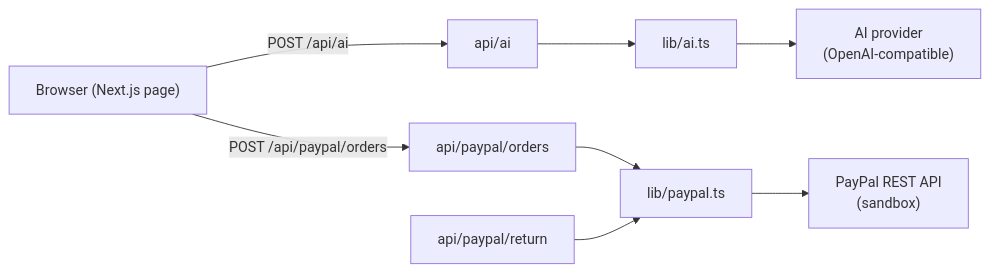
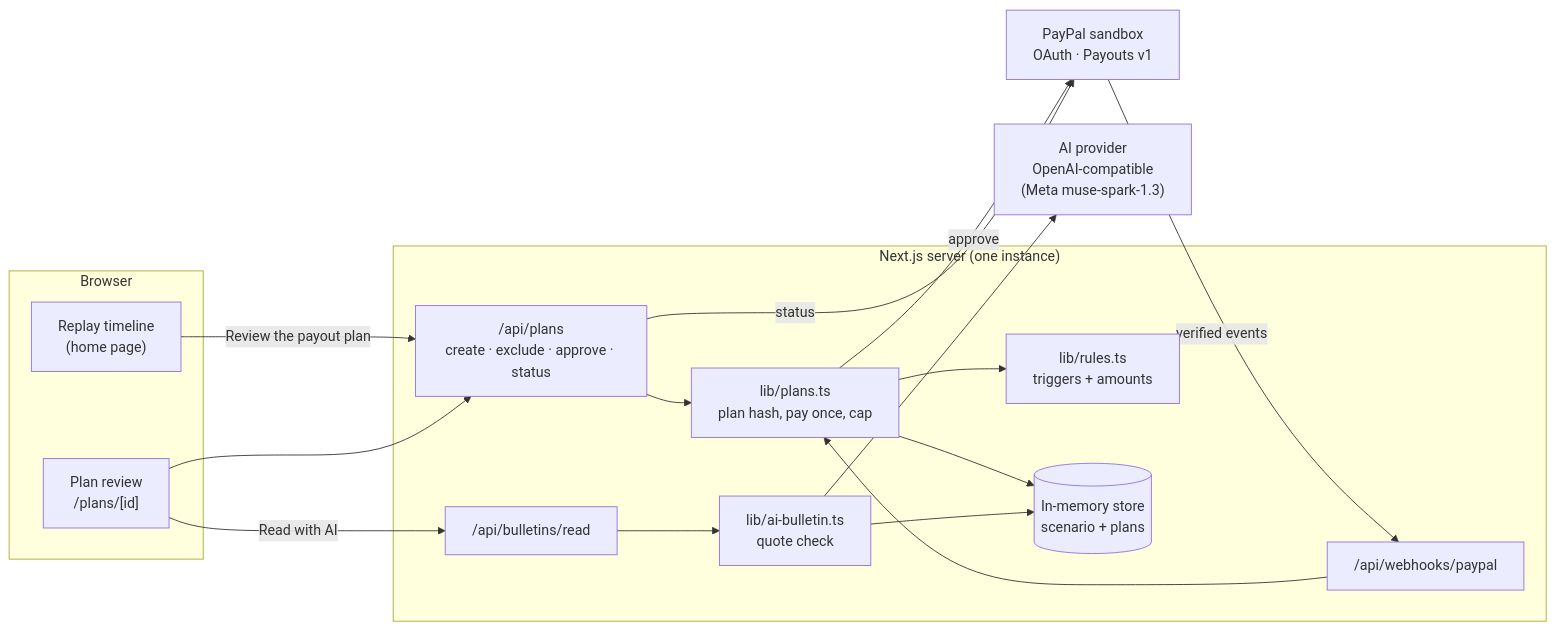
One commit to DucPhamNgoc08/paypal-ai-hackathon changed the first of 3 diagrams in docs/architecture.md. Above: the diagram before and after it, drawn with Mermaid. The commit also changed other lines of this file and 2 other files, not shown here.

First line of the commit message:
docs: write submission readme, architecture and devpost kit (#37)

````diff
--- a/docs/architecture.md
+++ b/docs/architecture.md
@@ -7,8 +23,29 @@
 ```mermaid
 flowchart LR
-  Browser["Browser (Next.js page)"] -->|POST /api/ai| AiRoute["api/ai"]
-  Browser -->|POST /api/paypal/orders| OrdersRoute["api/paypal/orders"]
-  AiRoute --> AiLib["lib/ai.ts"] --> LLM["AI provider<br/>(OpenAI-compatible)"]
-  OrdersRoute --> PayPalLib["lib/paypal.ts"] --> PayPal["PayPal REST API<br/>(sandbox)"]
-  ReturnRoute["api/paypal/return"] --> PayPalLib
+  subgraph Browser
+    Replay["Replay timeline<br/>(home page)"]
+    Review["Plan review<br/>/plans/[id]"]
+  end
+  subgraph Server["Next.js server (one instance)"]
+    PlansAPI["/api/plans<br/>create · exclude · approve · status"]
+    ReadAPI["/api/bulletins/read"]
+    Webhook["/api/webhooks/paypal"]
+    Rules["lib/rules.ts<br/>triggers + amounts"]
+    Plans["lib/plans.ts<br/>plan hash, pay once, cap"]
+    Bulletin["lib/ai-bulletin.ts<br/>quote check"]
+    Store[("In-memory store<br/>scenario + plans")]
+  end
+  LLM["AI provider<br/>OpenAI-compatible<br/>(Meta muse-spark-1.3)"]
+  PayPal["PayPal sandbox<br/>OAuth · Payouts v1"]
+
+  Replay -->|Review the payout plan| PlansAPI
+  Review --> PlansAPI
+  Review -->|Read with AI| ReadAPI
+  PlansAPI --> Plans --> Rules
+  Plans --> Store
+  ReadAPI --> Bulletin --> LLM
+  Bulletin --> Store
+  Plans -->|approve| PayPal
+  PlansAPI -->|status| PayPal
+  PayPal -->|verified events| Webhook --> Plans
 ```
````
